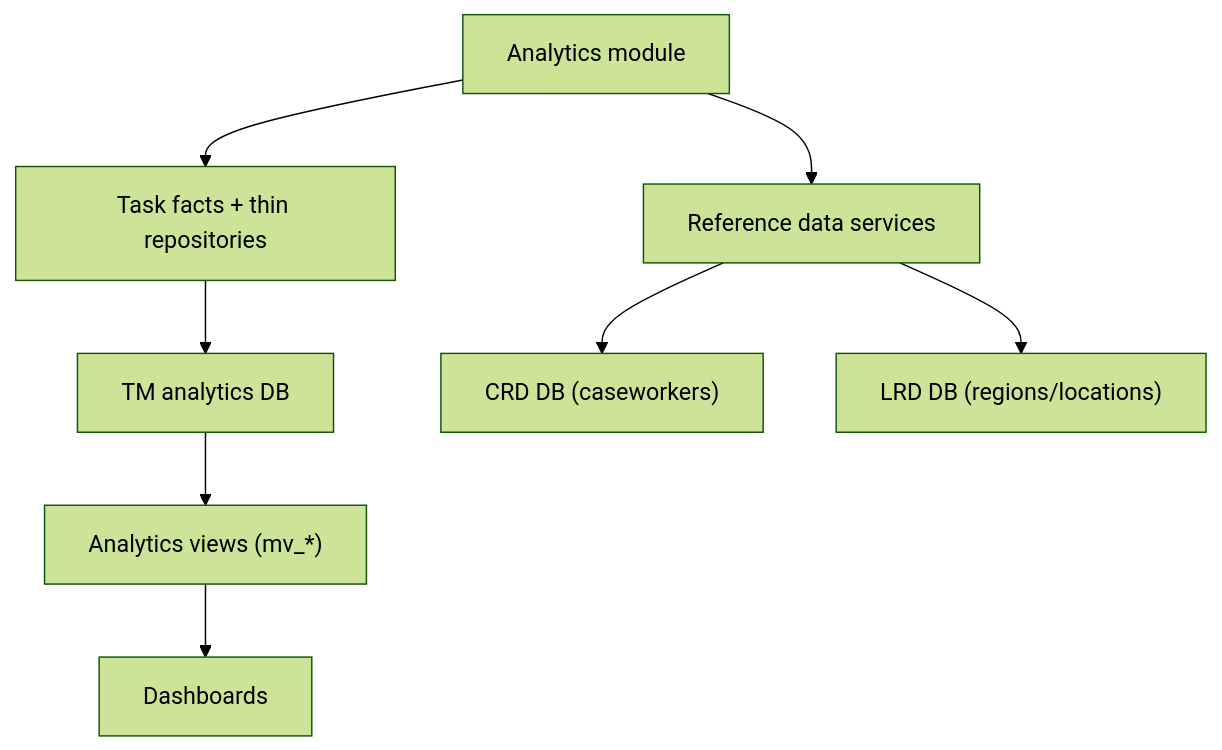
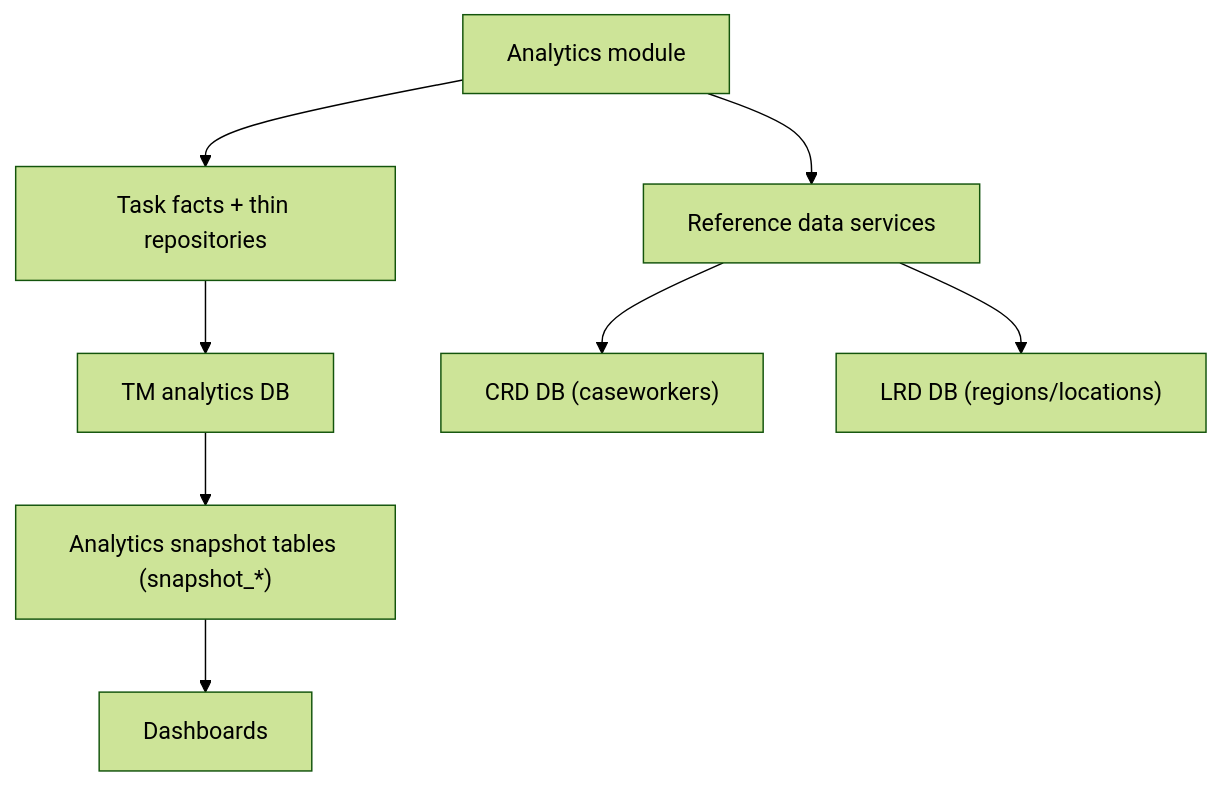
Before and after one commit to hmcts/wa-reporting-frontend: the diagram in docs/technical/data-sources.md, drawn with Mermaid (forest theme). The commit also changed other lines of this file and 112 other files, not shown here.

````diff
--- a/docs/technical/data-sources.md
+++ b/docs/technical/data-sources.md
@@ -25,10 +25,10 @@
 ```mermaid
 flowchart TB
   App["Analytics module"] --> TMRepo["Task facts + thin repositories"]
   App --> RefSvc["Reference data services"]
   TMRepo --> TM["TM analytics DB"]
   RefSvc --> CRD["CRD DB (caseworkers)"]
   RefSvc --> LRD["LRD DB (regions/locations)"]
-  TM --> Views["Analytics views (mv_*)"]
-  Views --> Dashboards["Dashboards"]
+  TM --> Snapshots["Analytics snapshot tables (snapshot_*)"]
+  Snapshots --> Dashboards["Dashboards"]
 ```
````
